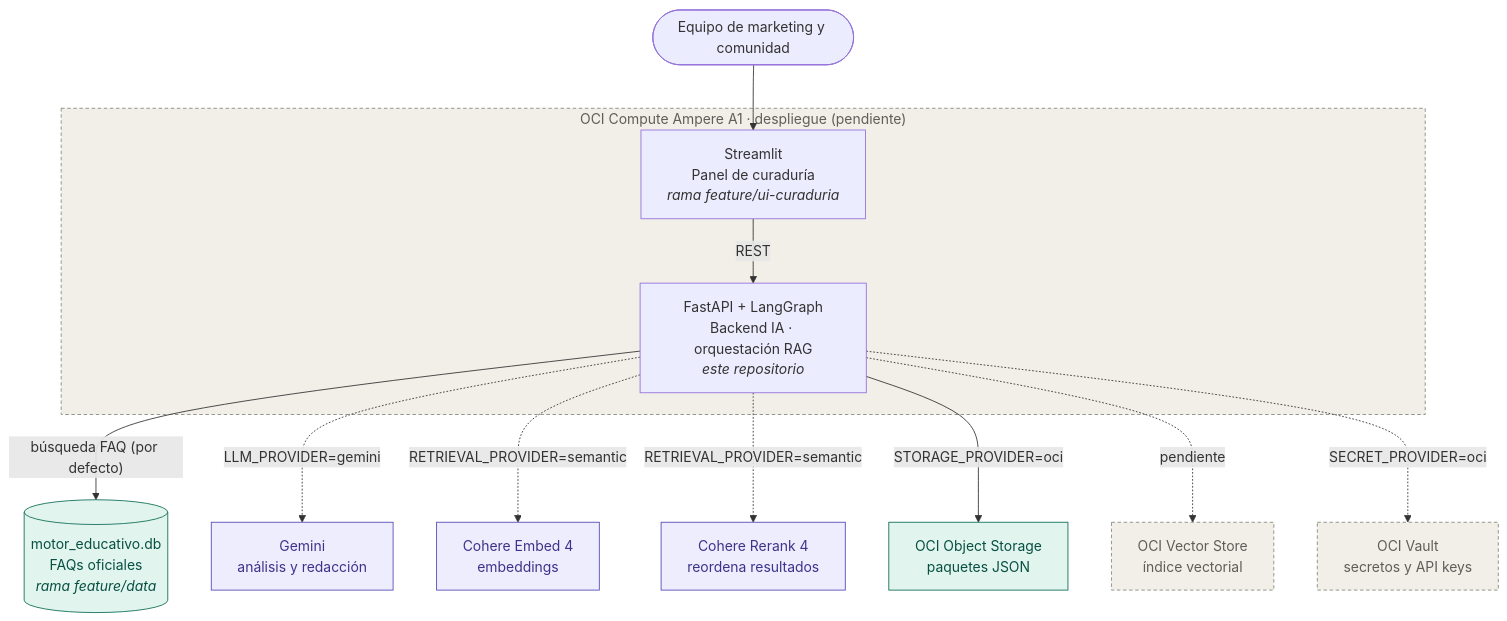
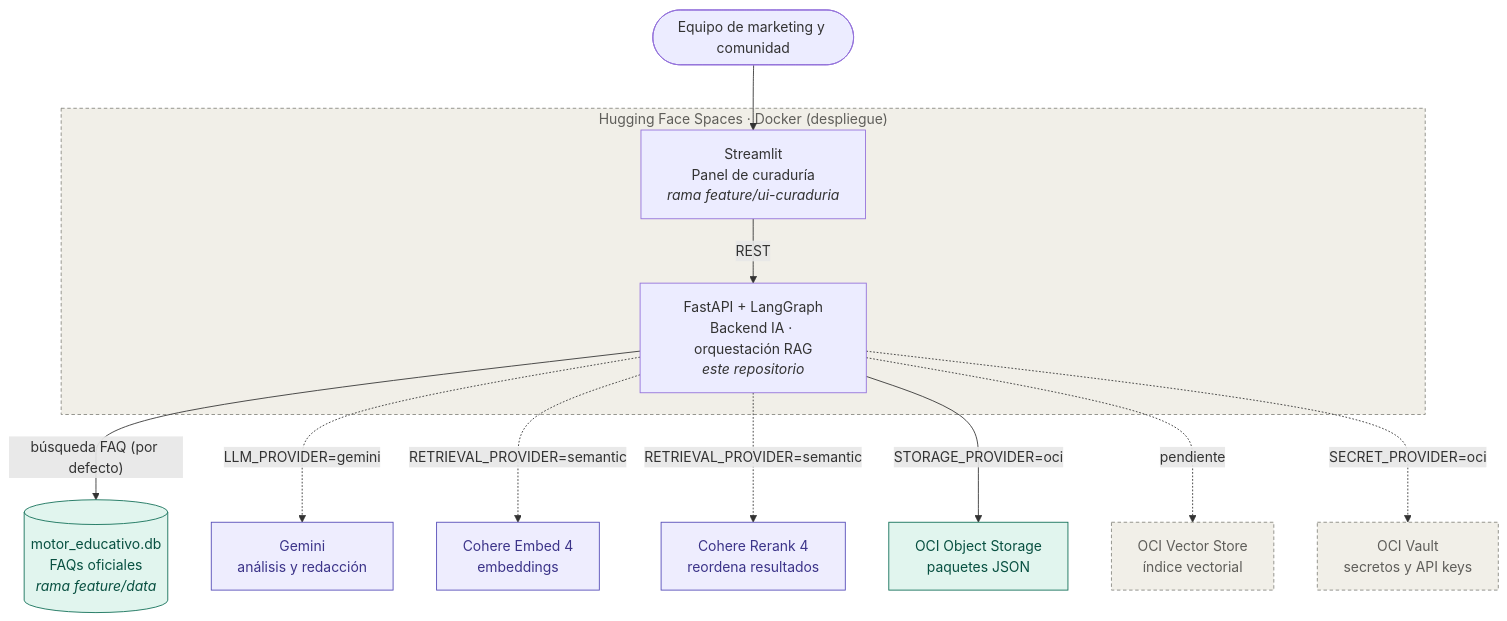
One commit to No-Country-simulation/G10-LATAM-equipo-25 changed the first of 2 diagrams in README.md. Above: the diagram before and after it, drawn with Mermaid. The commit also changed other lines of this file and 16 other files, not shown here.

First line of the commit message:
feat: despliegue en Hugging Face, memoria del motor en OCI y Vault en otra cuenta de OCI

````diff
--- a/README.md
+++ b/README.md
@@ -46,34 +46,34 @@
 ```mermaid
 flowchart TB
     U([Equipo de marketing y comunidad])
 
-    subgraph CMP["OCI Compute Ampere A1 · despliegue (pendiente)"]
+    subgraph CMP["Hugging Face Spaces · Docker (despliegue)"]
         UI["Streamlit<br/>Panel de curaduría<br/><i>rama feature/ui-curaduria</i>"]
         API["FastAPI + LangGraph<br/>Backend IA · orquestación RAG<br/><i>este repositorio</i>"]
     end
 
     DB[("motor_educativo.db<br/>FAQs oficiales<br/><i>rama feature/data</i>")]
     GEM["Gemini<br/>análisis y redacción"]
     EMB["Cohere Embed 4<br/>embeddings"]
     RER["Cohere Rerank 4<br/>reordena resultados"]
     OS["OCI Object Storage<br/>paquetes JSON"]
     VS["OCI Vector Store<br/>índice vectorial"]
     VA["OCI Vault<br/>secretos y API keys"]
 
     U --> UI
     UI -- REST --> API
     API -- "búsqueda FAQ (por defecto)" --> DB
     API -. "LLM_PROVIDER=gemini" .-> GEM
     API -. "RETRIEVAL_PROVIDER=semantic" .-> EMB
     API -. "RETRIEVAL_PROVIDER=semantic" .-> RER
     API -- "STORAGE_PROVIDER=oci" --> OS
     API -. pendiente .-> VS
     API -. "SECRET_PROVIDER=oci" .-> VA
 
     classDef ext fill:#EEEDFE,stroke:#534AB7,color:#3C3489
     classDef oci fill:#E1F5EE,stroke:#0F6E56,color:#085041
     classDef pend fill:#F1EFE8,stroke:#888780,color:#5F5E5A,stroke-dasharray: 4 3
     class GEM,EMB,RER ext
     class OS,DB oci
     class VS,VA,CMP pend
 ```
````
